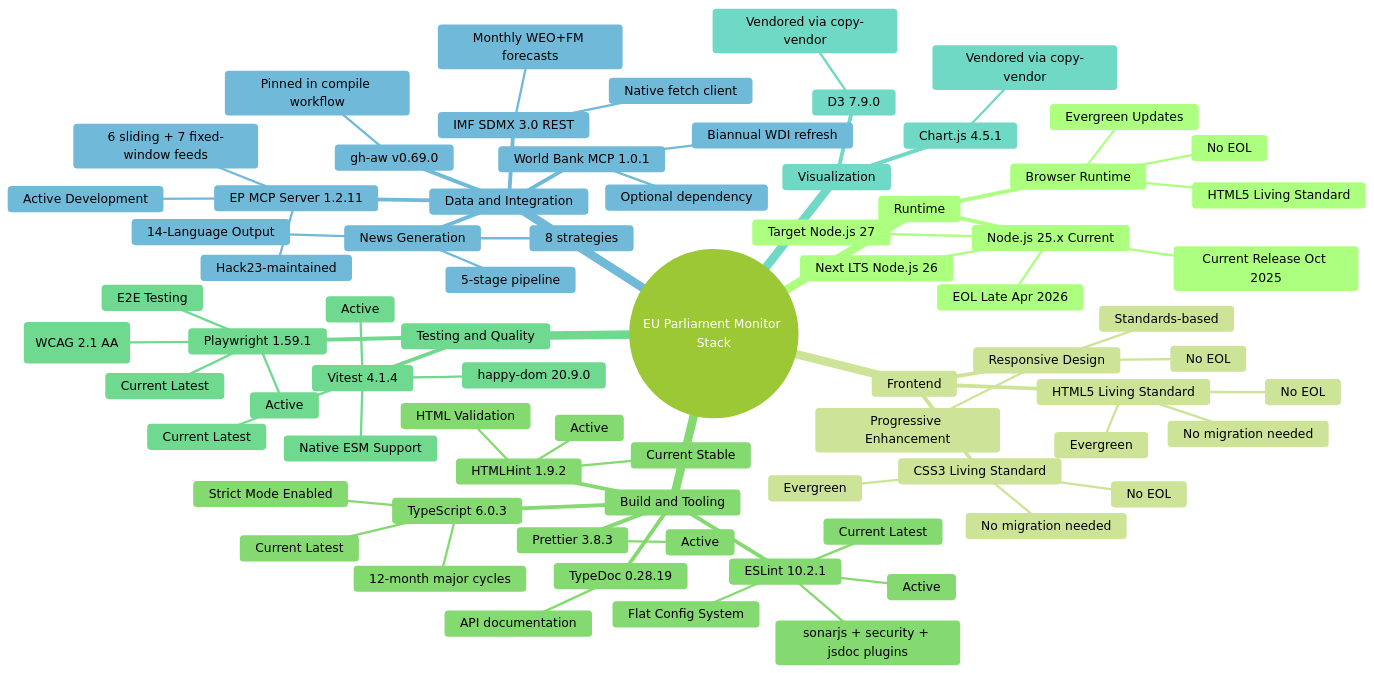
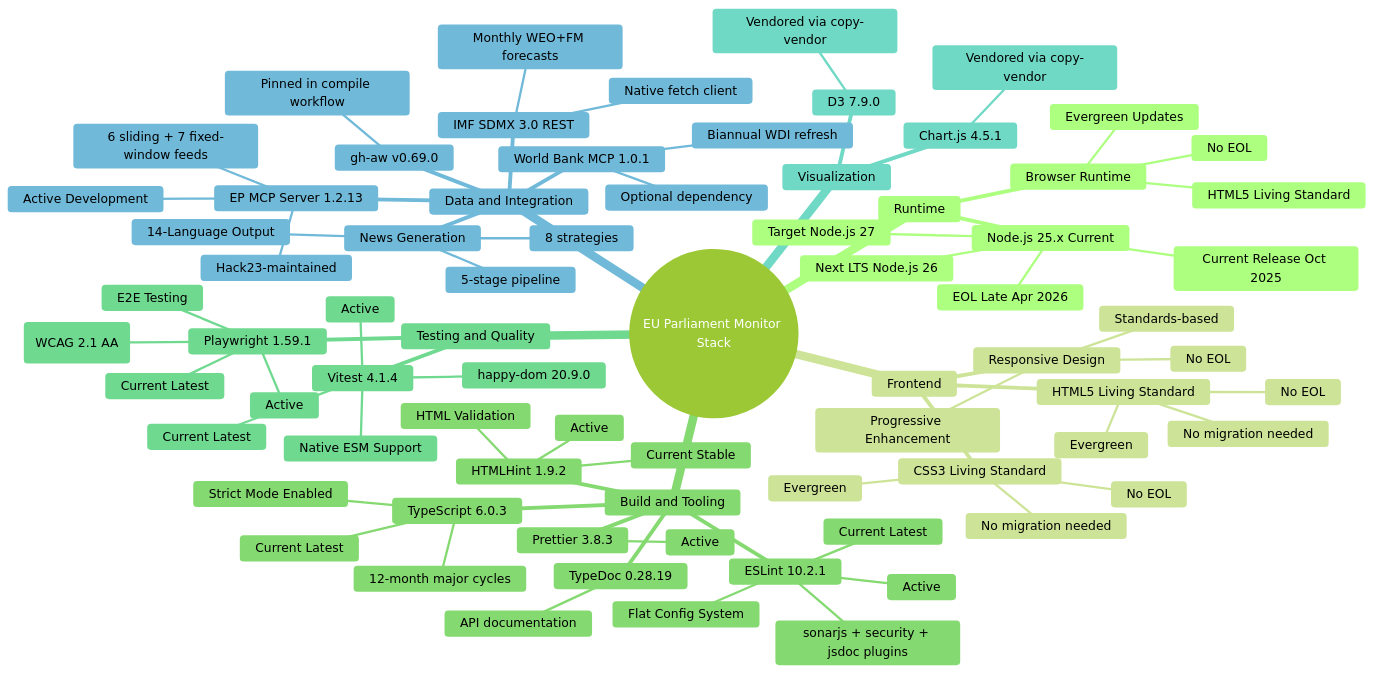
One commit to Hack23/euparliamentmonitor changed the first of 6 diagrams in End-of-Life-Strategy.md. Above: the diagram before and after it, drawn with Mermaid (forest theme). The commit also changed other lines of this file and 35 other files, not shown here.

First line of the commit message:
chore: bump EP MCP Server references from 1.2.11 to 1.2.13 across docs, workflows, and source

````diff
--- a/End-of-Life-Strategy.md
+++ b/End-of-Life-Strategy.md
@@ -88,78 +88,78 @@
 ```mermaid
 mindmap
   root((EU Parliament Monitor Stack))
     Runtime
       Node.js 25.x Current
         Current Release Oct 2025
         EOL Late Apr 2026
         Next LTS Node.js 26
         Target Node.js 27
       Browser Runtime
         Evergreen Updates
         No EOL
         HTML5 Living Standard
     Frontend
       HTML5 Living Standard
         Evergreen
         No EOL
         No migration needed
       CSS3 Living Standard
         Evergreen
         No EOL
         No migration needed
       Responsive Design
         Standards-based
         No EOL
         Progressive Enhancement
     Build and Tooling
       TypeScript 6.0.3
         Current Latest
         12-month major cycles
         Strict Mode Enabled
       ESLint 10.2.1
         Current Latest
         Active
         Flat Config System
         sonarjs + security + jsdoc plugins
       HTMLHint 1.9.2
         Current Stable
         Active
         HTML Validation
       Prettier 3.8.3
         Active
       TypeDoc 0.28.19
         API documentation
     Testing and Quality
       Vitest 4.1.4
         Current Latest
         Active
         Native ESM Support
         happy-dom 20.9.0
       Playwright 1.59.1
         Current Latest
         Active
         E2E Testing
         axe-core 4.11.2 (WCAG 2.1 AA)
     Visualization
       Chart.js 4.5.1
         Vendored via copy-vendor
       D3 7.9.0
         Vendored via copy-vendor
     Data and Integration
-      EP MCP Server 1.2.11
+      EP MCP Server 1.2.13
         Active Development
         Hack23-maintained
         6 sliding + 7 fixed-window feeds
       World Bank MCP 1.0.1
         Optional dependency
         Biannual WDI refresh
       IMF SDMX 3.0 REST
         Native fetch client
         Monthly WEO+FM forecasts
       gh-aw v0.69.0
         Pinned in compile workflow
       News Generation
         5-stage pipeline
         8 strategies
         14-Language Output
 ```
````
